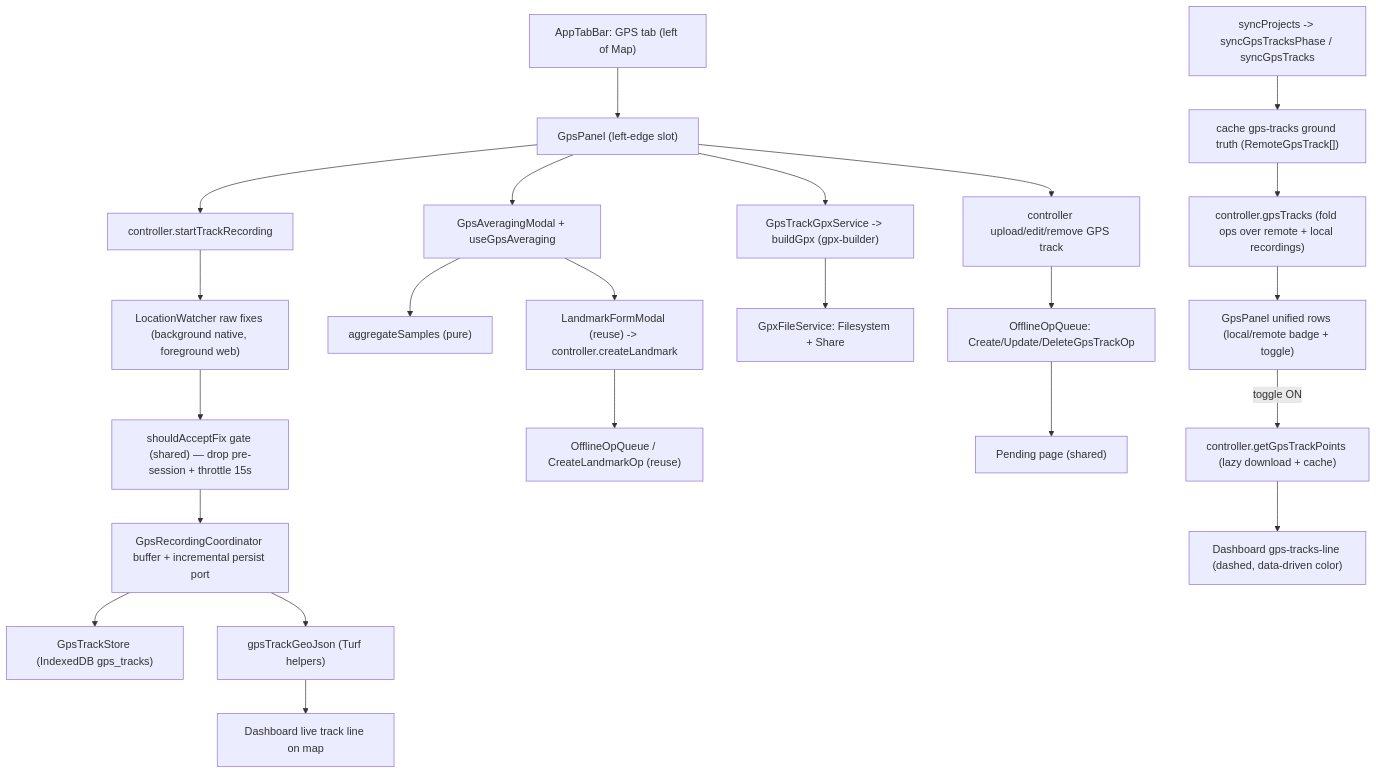
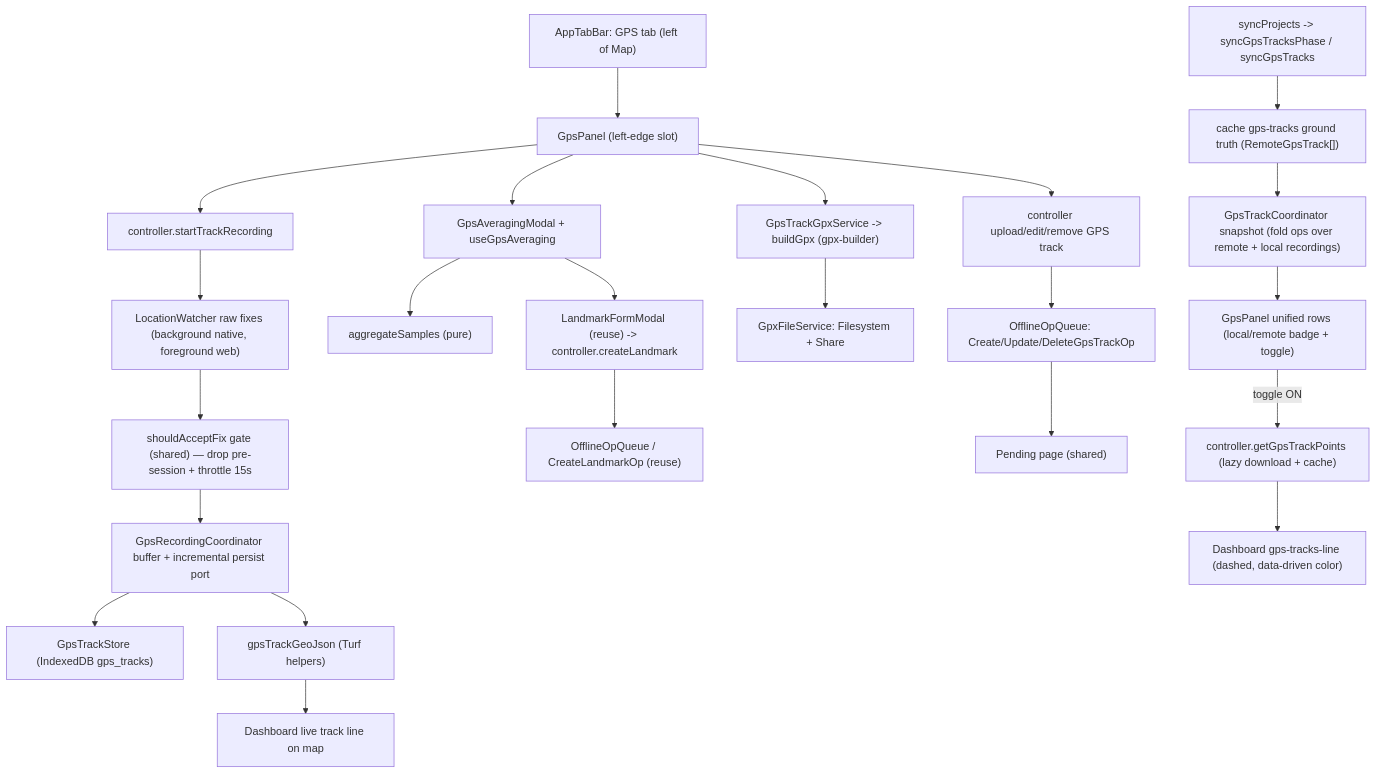
Before and after one commit to OpenSpeleo/SpeleoDB-App: the diagram in docs/gps-tracks.md, drawn with Mermaid. The commit also changed other lines of this file and 9 other files, not shown here.

Commit message:
[Refactoring] Extract GPS track coordination

````diff
--- a/docs/gps-tracks.md
+++ b/docs/gps-tracks.md
@@ -106,25 +108,25 @@
 ```mermaid
 flowchart TD
   tab["AppTabBar: GPS tab (left of Map)"] --> panel["GpsPanel (left-edge slot)"]
   panel --> rec["controller.startTrackRecording"]
   rec --> watch["LocationWatcher raw fixes (background native, foreground web)"]
   watch --> gate["shouldAcceptFix gate (shared) — drop pre-session + throttle 15s"]
   gate --> buf["GpsRecordingCoordinator buffer + incremental persist port"]
   buf --> store["GpsTrackStore (IndexedDB gps_tracks)"]
   buf --> geojson["gpsTrackGeoJson (Turf helpers)"]
   geojson --> line["Dashboard live track line on map"]
   panel --> avg["GpsAveragingModal + useGpsAveraging"]
   avg --> agg["aggregateSamples (pure)"]
   avg --> form["LandmarkFormModal (reuse) -> controller.createLandmark"]
   form --> queue["OfflineOpQueue / CreateLandmarkOp (reuse)"]
   panel --> gpx["GpsTrackGpxService -> buildGpx (gpx-builder)"]
   gpx --> share["GpxFileService: Filesystem + Share"]
   panel --> mut["controller upload/edit/remove GPS track"]
   mut --> q["OfflineOpQueue: Create/Update/DeleteGpsTrackOp"]
   q --> pend["Pending page (shared)"]
   sync["syncProjects -> syncGpsTracksPhase / syncGpsTracks"] --> gt["cache gps-tracks ground truth (RemoteGpsTrack[])"]
-  gt --> list["controller.gpsTracks (fold ops over remote + local recordings)"]
+  gt --> list["GpsTrackCoordinator snapshot (fold ops over remote + local recordings)"]
   list --> rows["GpsPanel unified rows (local/remote badge + toggle)"]
   rows -->|"toggle ON"| dl["controller.getGpsTrackPoints (lazy download + cache)"]
   dl --> tline["Dashboard gps-tracks-line (dashed, data-driven color)"]
 ```
````
